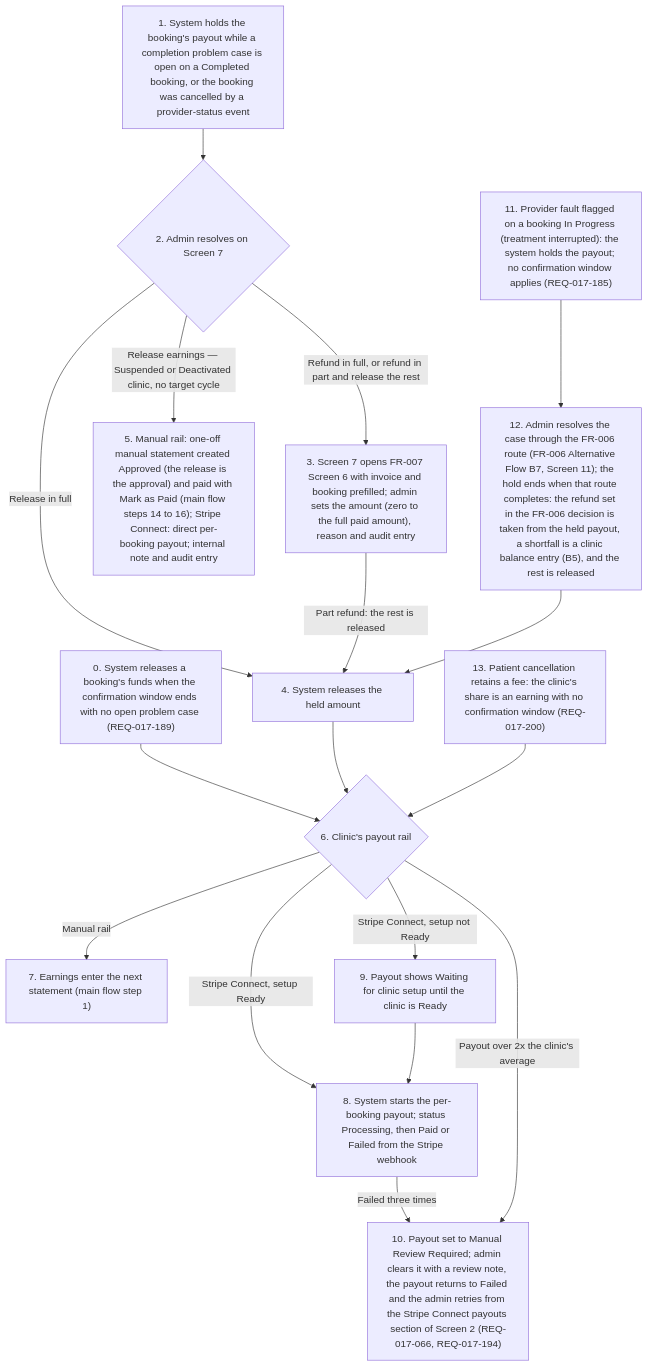
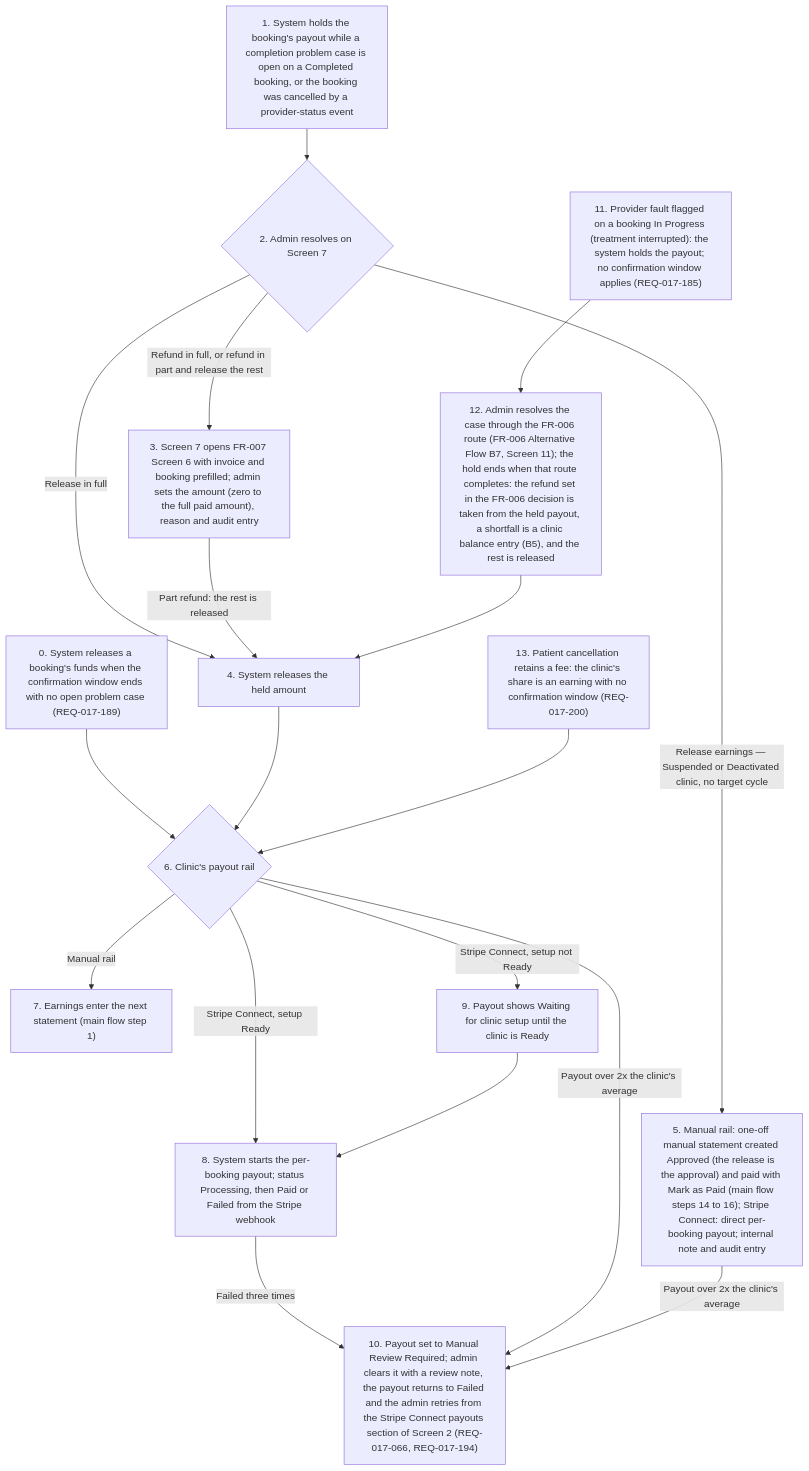
One commit to joachimtrungtuan/hairline-pm-docs changed the sixth of 9 diagrams in project-requirements/functional-requirements/fr017-admin-billing-finance/prd.md. Above: the diagram before and after it, drawn with Mermaid. The commit also changed other lines of this file and 4 other files, not shown here.

````diff
--- a/project-requirements/functional-requirements/fr017-admin-billing-finance/prd.md
+++ b/project-requirements/functional-requirements/fr017-admin-billing-finance/prd.md
@@ -280,19 +280,20 @@
 ```mermaid
 flowchart TD
   C0["0. System releases a booking's funds when the confirmation window ends with no open problem case (REQ-017-189)"] --> C6
   C1["1. System holds the booking's payout while a completion problem case is open on a Completed booking, or the booking was cancelled by a provider-status event"] --> C2{"2. Admin resolves on Screen 7"}
   C2 -->|"Refund in full, or refund in part and release the rest"| C3["3. Screen 7 opens FR-007 Screen 6 with invoice and booking prefilled; admin sets the amount (zero to the full paid amount), reason and audit entry"]
   C2 -->|"Release in full"| C4["4. System releases the held amount"]
   C3 -->|"Part refund: the rest is released"| C4
   C2 -->|"Release earnings — Suspended or Deactivated clinic, no target cycle"| C5["5. Manual rail: one-off manual statement created Approved (the release is the approval) and paid with Mark as Paid (main flow steps 14 to 16); Stripe Connect: direct per-booking payout; internal note and audit entry"]
   C4 --> C6{"6. Clinic's payout rail"}
   C6 -->|"Manual rail"| C7["7. Earnings enter the next statement (main flow step 1)"]
   C6 -->|"Stripe Connect, setup Ready"| C8["8. System starts the per-booking payout; status Processing, then Paid or Failed from the Stripe webhook"]
   C6 -->|"Stripe Connect, setup not Ready"| C9["9. Payout shows Waiting for clinic setup until the clinic is Ready"]
   C9 --> C8
   C8 -->|"Failed three times"| C10["10. Payout set to Manual Review Required; admin clears it with a review note, the payout returns to Failed and the admin retries from the Stripe Connect payouts section of Screen 2 (REQ-017-066, REQ-017-194)"]
   C6 -->|"Payout over 2x the clinic's average"| C10
   C11["11. Provider fault flagged on a booking In Progress (treatment interrupted): the system holds the payout; no confirmation window applies (REQ-017-185)"] --> C12["12. Admin resolves the case through the FR-006 route (FR-006 Alternative Flow B7, Screen 11); the hold ends when that route completes: the refund set in the FR-006 decision is taken from the held payout, a shortfall is a clinic balance entry (B5), and the rest is released"]
   C12 --> C4
   C13["13. Patient cancellation retains a fee: the clinic's share is an earning with no confirmation window (REQ-017-200)"] --> C6
+  C5 -->|"Payout over 2x the clinic's average"| C10
 ```
````
